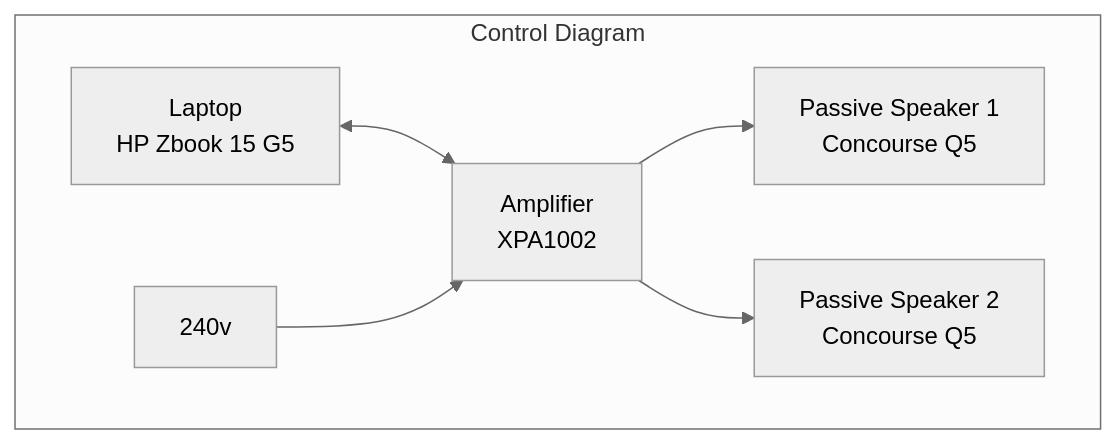
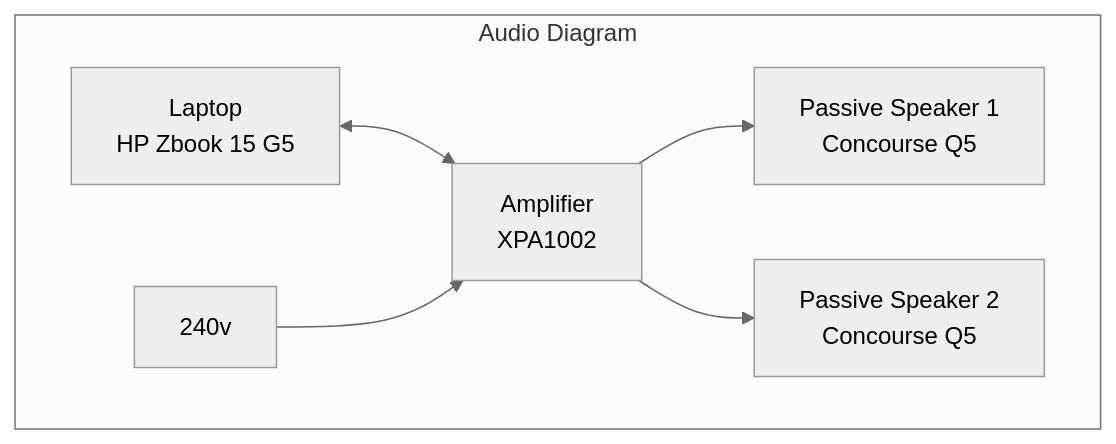
One commit to Josephhtoo/EGL314-Team-B-Project-Space changed the second of 2 diagrams in README.md. Above: the diagram before and after it, drawn with Mermaid (neutral theme). The commit also changed other lines of this file and 1 other file, not shown here.

````diff
--- a/README.md
+++ b/README.md
@@ -46,9 +46,9 @@
 ```mermaid 
 flowchart 
-    subgraph Control Diagram
+    subgraph Audio Diagram
         A[Laptop<br>HP Zbook 15 G5] <--> B[Amplifier<br> XPA1002] --> C[Passive Speaker 1<br> Concourse Q5]
         B[Amplifier<br> XPA1002] --> D[Passive Speaker 2<br> Concourse Q5]
     F[240v] --> B
     end
 
 ```
````
